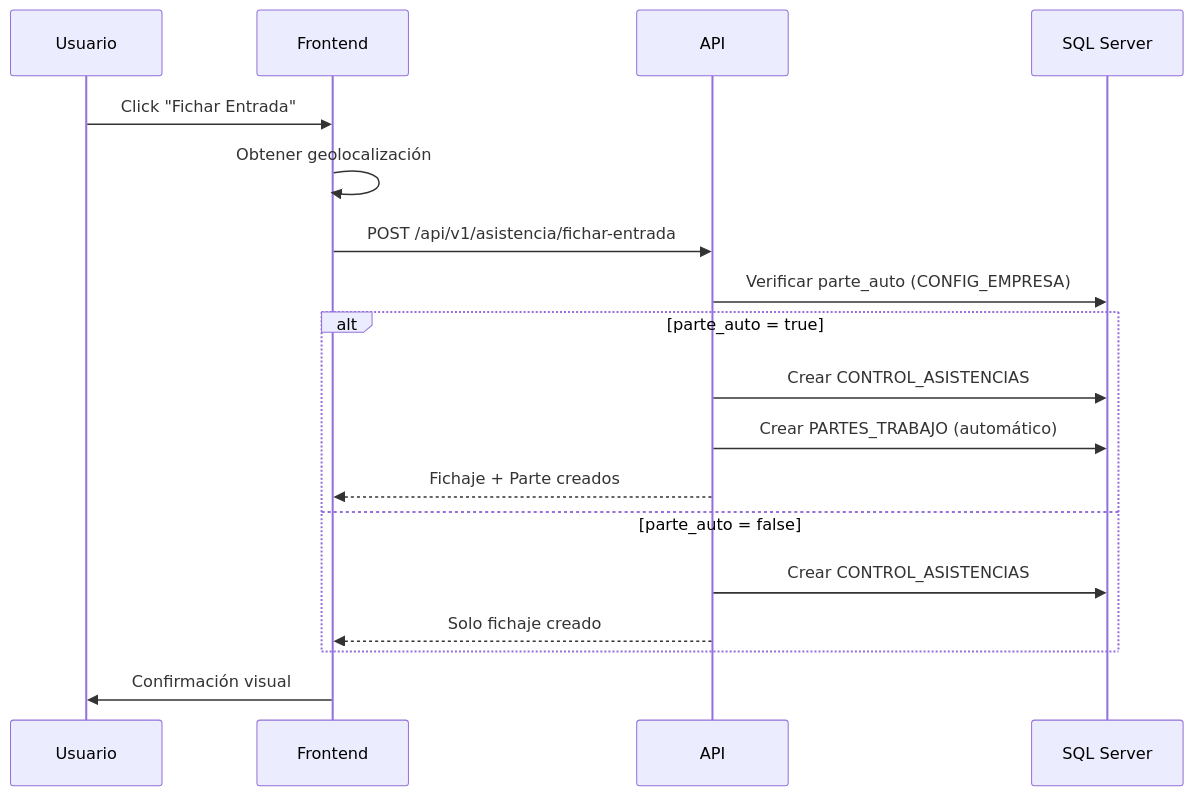
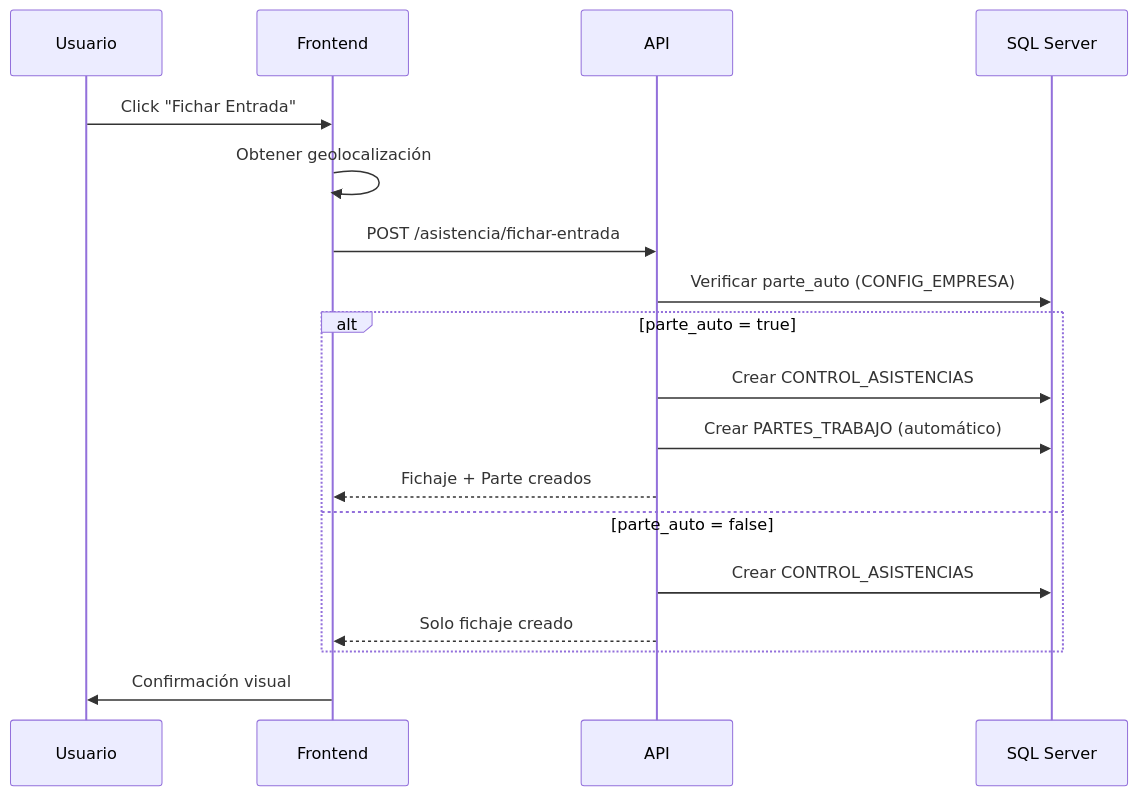
Before and after one commit to KongSoftwareSpain/projects-docs: the third of 4 diagrams in docs/fichaje_app/arquitectura/overview.md, drawn with Mermaid. The commit also changed other lines of this file and 6 other files, not shown here.

Commit message:
feat: add initial documentation for Fichaje app covering onboarding, architecture, and guides

````diff
--- a/docs/fichaje_app/arquitectura/overview.md
+++ b/docs/fichaje_app/arquitectura/overview.md
@@ -70,23 +70,23 @@
 ```mermaid
 sequenceDiagram
     participant U as Usuario
     participant F as Frontend
     participant A as API
     participant DB as SQL Server
 
     U->>F: Click "Fichar Entrada"
     F->>F: Obtener geolocalización
-    F->>A: POST /api/v1/asistencia/fichar-entrada
+    F->>A: POST /asistencia/fichar-entrada
     A->>DB: Verificar parte_auto (CONFIG_EMPRESA)
 
     alt parte_auto = true
         A->>DB: Crear CONTROL_ASISTENCIAS
         A->>DB: Crear PARTES_TRABAJO (automático)
         A-->>F: Fichaje + Parte creados
     else parte_auto = false
         A->>DB: Crear CONTROL_ASISTENCIAS
         A-->>F: Solo fichaje creado
     end
 
     F->>U: Confirmación visual
 ```
````
